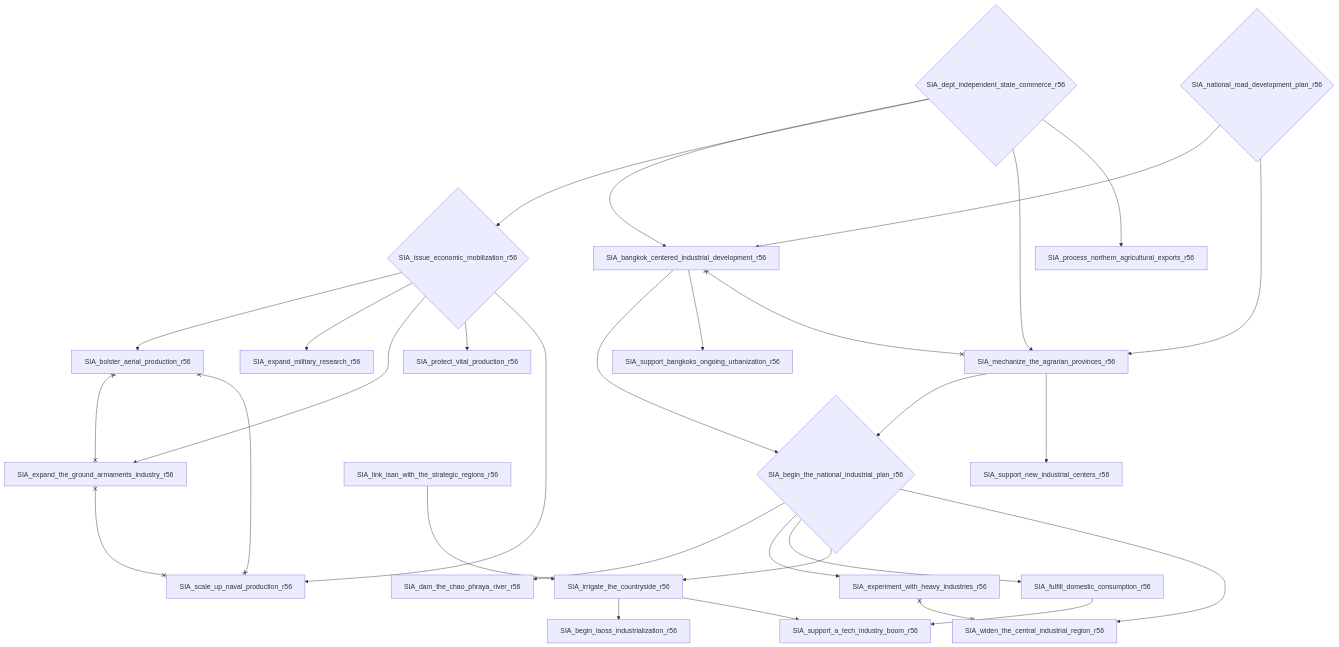
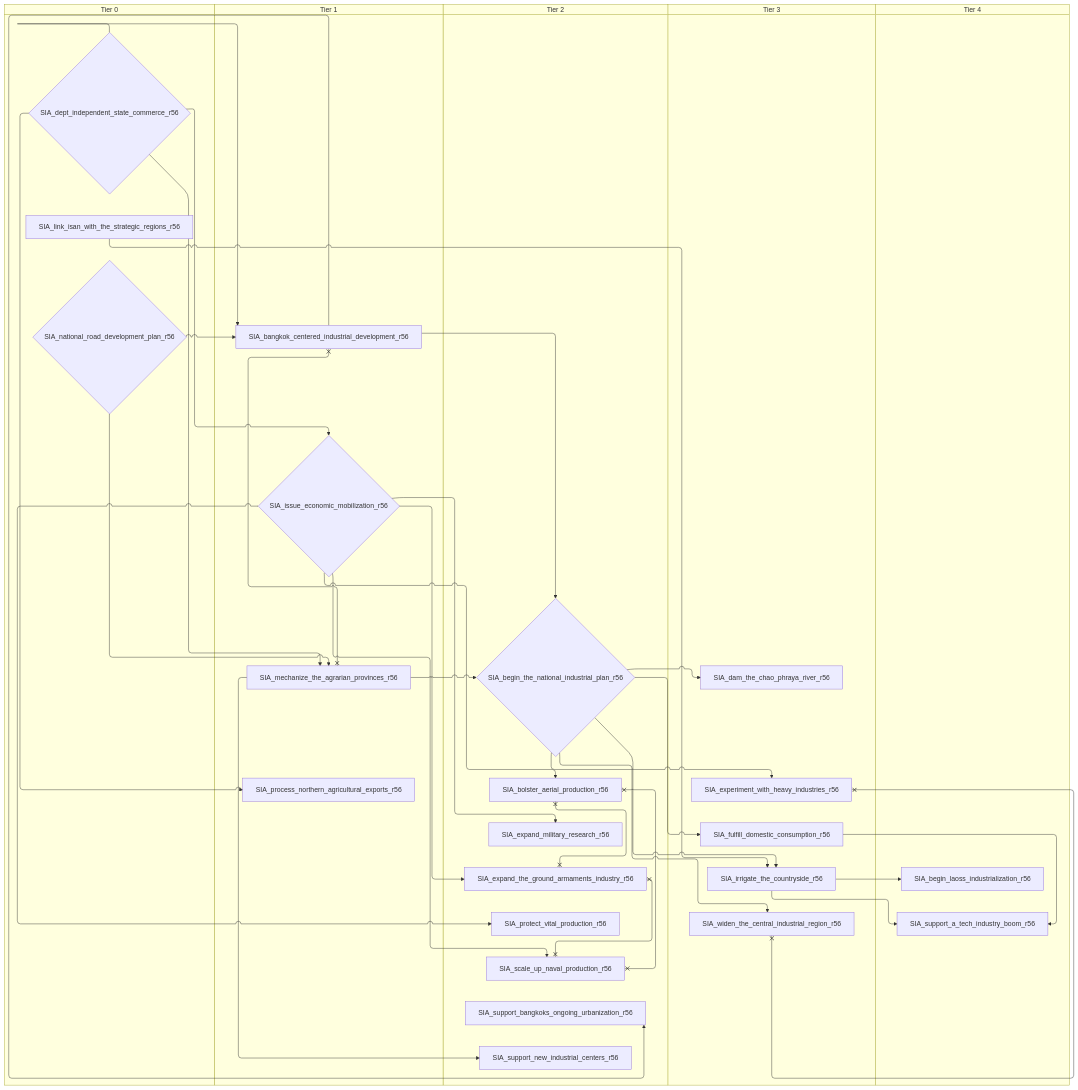
One commit to evgeny-sobol/hoi4-sandbox-mode-r56 changed the fourth of 9 diagrams in docs/gdd/National Focuses/siam_r56.md. Above: the diagram before and after it, drawn with Mermaid. The commit also changed other lines of this file and 423 other files, not shown here.

First line of the commit message:
Re-export Rt56 focus trees as swimlane diagrams

````diff
--- a/docs/gdd/National Focuses/siam_r56.md
+++ b/docs/gdd/National Focuses/siam_r56.md
@@ -341,54 +377,64 @@
 ```mermaid
-flowchart TD
-    n116["SIA_bangkok_centered_industrial_development_r56"]
-    n117["SIA_begin_laoss_industrialization_r56"]
-    n118{"SIA_begin_the_national_industrial_plan_r56"}
-    n119["SIA_bolster_aerial_production_r56"]
-    n120["SIA_dam_the_chao_phraya_river_r56"]
-    n121{"SIA_dept_independent_state_commerce_r56"}
-    n122["SIA_expand_military_research_r56"]
-    n123["SIA_expand_the_ground_armaments_industry_r56"]
-    n124["SIA_experiment_with_heavy_industries_r56"]
-    n125["SIA_fulfill_domestic_consumption_r56"]
-    n126["SIA_irrigate_the_countryside_r56"]
-    n127{"SIA_issue_economic_mobilization_r56"}
-    n128["SIA_link_isan_with_the_strategic_regions_r56"]
-    n129["SIA_mechanize_the_agrarian_provinces_r56"]
-    n130{"SIA_national_road_development_plan_r56"}
-    n131["SIA_process_northern_agricultural_exports_r56"]
-    n132["SIA_protect_vital_production_r56"]
-    n133["SIA_scale_up_naval_production_r56"]
-    n134["SIA_support_a_tech_industry_boom_r56"]
-    n135["SIA_support_bangkoks_ongoing_urbanization_r56"]
-    n136["SIA_support_new_industrial_centers_r56"]
-    n137["SIA_widen_the_central_industrial_region_r56"]
-    n121 --> n116
-    n130 --> n116
-    n126 --> n117
-    n116 --> n118
-    n129 --> n118
-    n127 --> n119
-    n118 --> n120
-    n127 --> n122
-    n127 --> n123
-    n118 --> n124
-    n118 --> n125
-    n118 --> n126
-    n128 --> n126
-    n121 --> n127
-    n121 --> n129
-    n130 --> n129
-    n121 --> n131
-    n127 --> n132
-    n127 --> n133
-    n125 --> n134
-    n126 --> n134
-    n116 --> n135
-    n129 --> n136
-    n118 --> n137
-    n116 x--x n129
-    n119 x--x n123
-    n119 x--x n133
-    n123 x--x n133
-    n124 x--x n137
+swimlane-beta TD
+    subgraph tier_0["Tier 0"]
+        n116{"SIA_dept_independent_state_commerce_r56"}
+        n117["SIA_link_isan_with_the_strategic_regions_r56"]
+        n118{"SIA_national_road_development_plan_r56"}
+    end
+    subgraph tier_1["Tier 1"]
+        n119["SIA_bangkok_centered_industrial_development_r56"]
+        n120{"SIA_issue_economic_mobilization_r56"}
+        n121["SIA_mechanize_the_agrarian_provinces_r56"]
+        n122["SIA_process_northern_agricultural_exports_r56"]
+    end
+    subgraph tier_2["Tier 2"]
+        n123{"SIA_begin_the_national_industrial_plan_r56"}
+        n124["SIA_bolster_aerial_production_r56"]
+        n125["SIA_expand_military_research_r56"]
+        n126["SIA_expand_the_ground_armaments_industry_r56"]
+        n127["SIA_protect_vital_production_r56"]
+        n128["SIA_scale_up_naval_production_r56"]
+        n129["SIA_support_bangkoks_ongoing_urbanization_r56"]
+        n130["SIA_support_new_industrial_centers_r56"]
+    end
+    subgraph tier_3["Tier 3"]
+        n131["SIA_dam_the_chao_phraya_river_r56"]
+        n132["SIA_experiment_with_heavy_industries_r56"]
+        n133["SIA_fulfill_domestic_consumption_r56"]
+        n134["SIA_irrigate_the_countryside_r56"]
+        n135["SIA_widen_the_central_industrial_region_r56"]
+    end
+    subgraph tier_4["Tier 4"]
+        n136["SIA_begin_laoss_industrialization_r56"]
+        n137["SIA_support_a_tech_industry_boom_r56"]
+    end
+    n116 --> n119
+    n118 --> n119
+    n134 --> n136
+    n119 --> n123
+    n121 --> n123
+    n120 --> n124
+    n123 --> n131
+    n120 --> n125
+    n120 --> n126
+    n123 --> n132
+    n123 --> n133
+    n123 --> n134
+    n117 --> n134
+    n116 --> n120
+    n116 --> n121
+    n118 --> n121
+    n116 --> n122
+    n120 --> n127
+    n120 --> n128
+    n133 --> n137
+    n134 --> n137
+    n119 --> n129
+    n121 --> n130
+    n123 --> n135
+    n119 x--x n121
+    n124 x--x n126
+    n124 x--x n128
+    n126 x--x n128
+    n132 x--x n135
 ```
````
